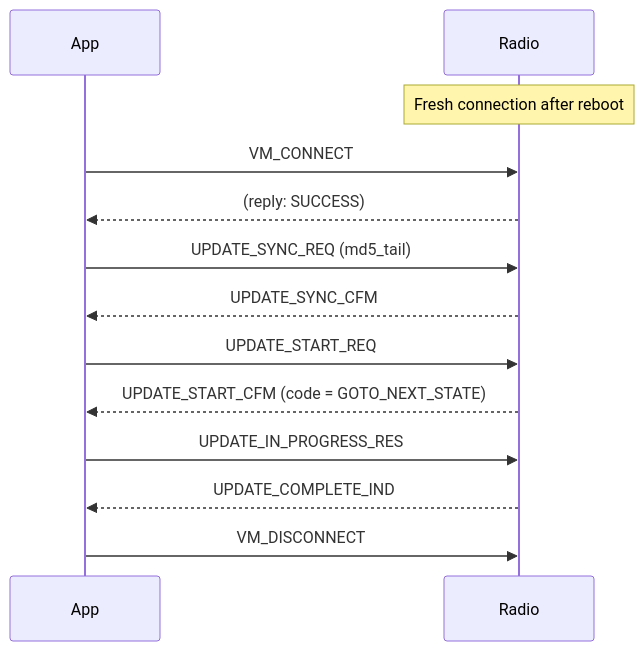
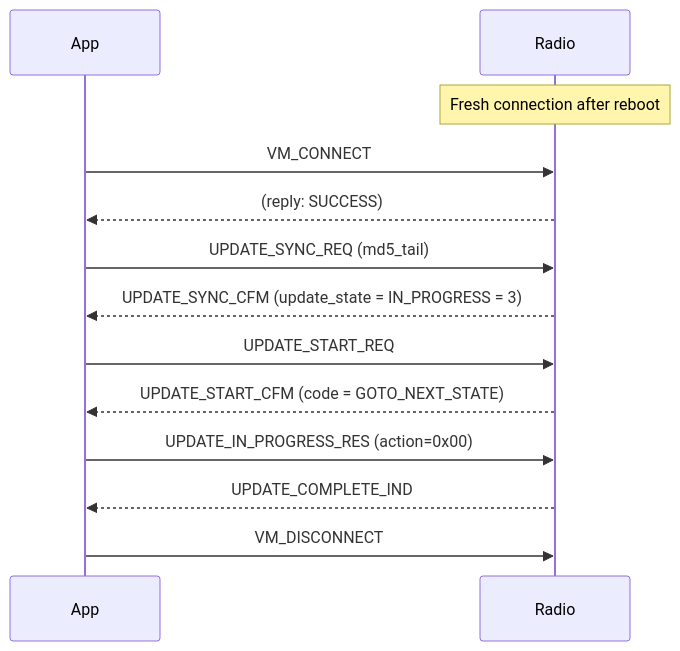
Before and after one commit to Ylianst/HTCommander: the third of 3 diagrams in docs/blogs/benshi-firmware-update.md, drawn with Mermaid. The commit also changed other lines of this file and 4 other files, not shown here.

````diff
--- a/docs/blogs/benshi-firmware-update.md
+++ b/docs/blogs/benshi-firmware-update.md
@@ -219,15 +247,15 @@
 ```mermaid
 sequenceDiagram
     participant App
     participant Radio
     Note over Radio: Fresh connection after reboot
     App->>Radio: VM_CONNECT
     Radio-->>App: (reply: SUCCESS)
     App->>Radio: UPDATE_SYNC_REQ (md5_tail)
-    Radio-->>App: UPDATE_SYNC_CFM
+    Radio-->>App: UPDATE_SYNC_CFM (update_state = IN_PROGRESS = 3)
     App->>Radio: UPDATE_START_REQ
     Radio-->>App: UPDATE_START_CFM (code = GOTO_NEXT_STATE)
-    App->>Radio: UPDATE_IN_PROGRESS_RES
+    App->>Radio: UPDATE_IN_PROGRESS_RES (action=0x00)
     Radio-->>App: UPDATE_COMPLETE_IND
     App->>Radio: VM_DISCONNECT
 ```
````
